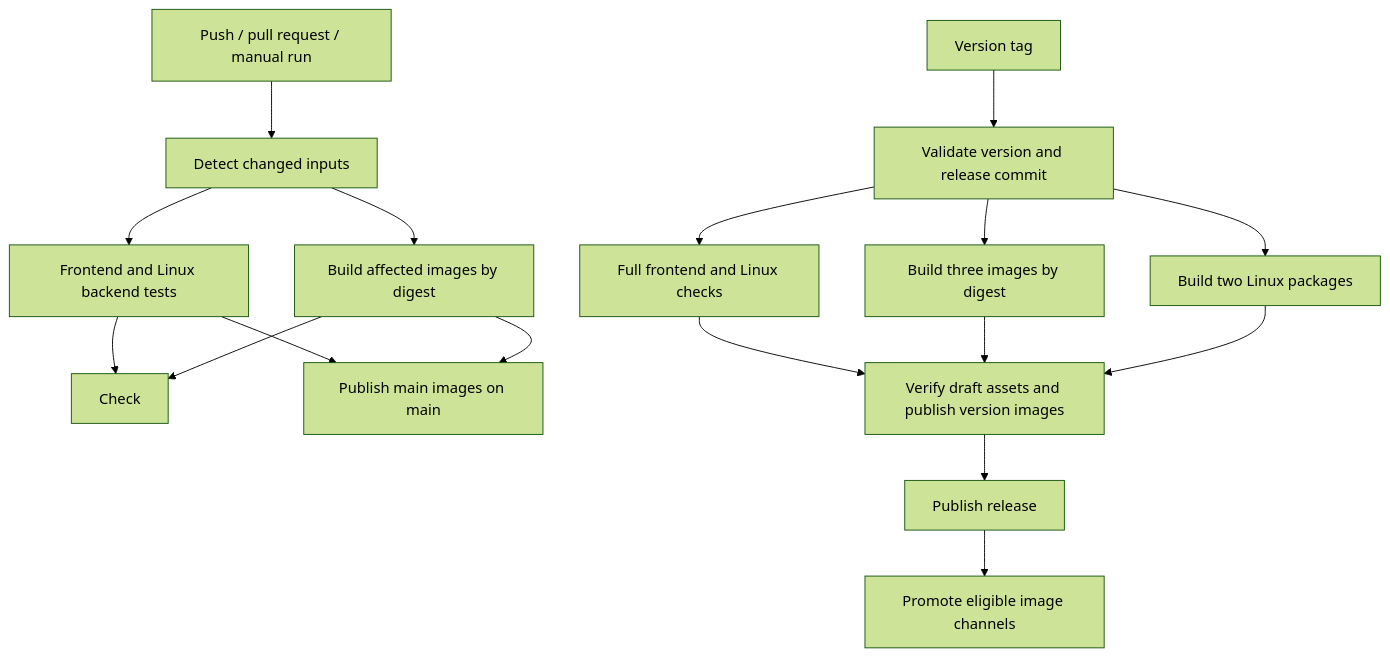
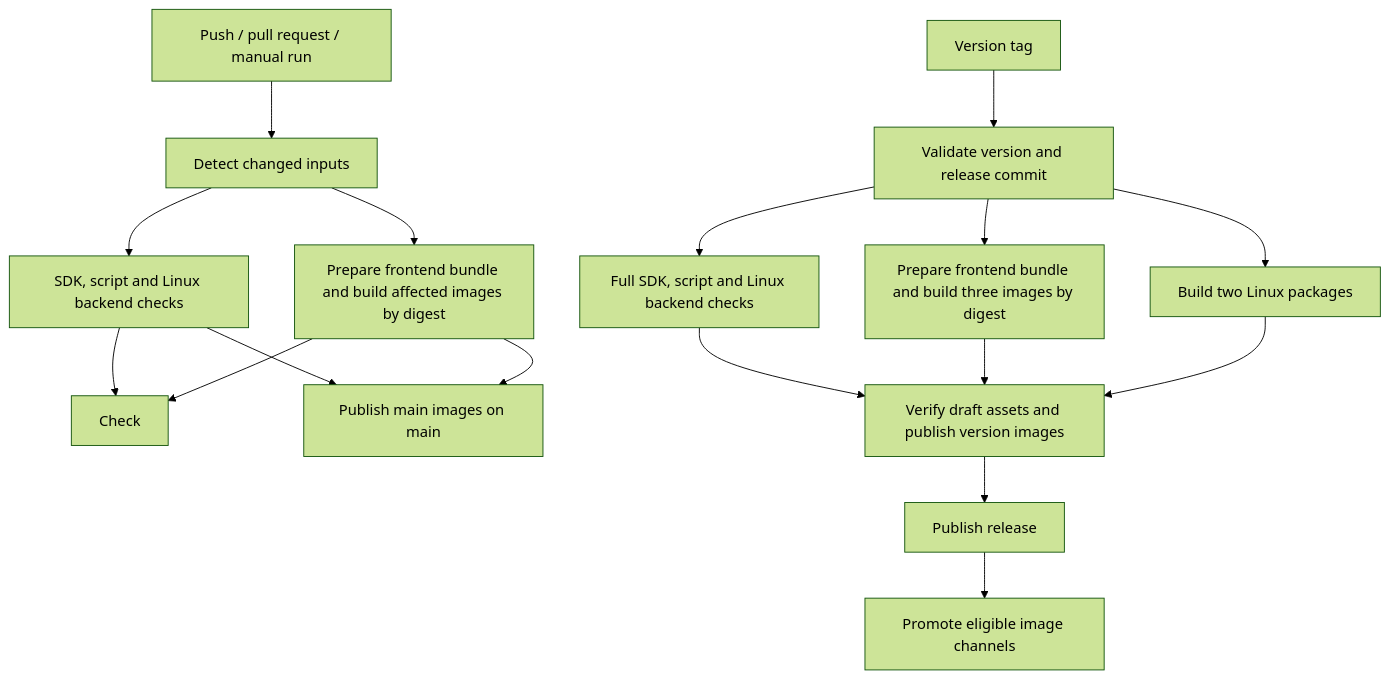
One commit to nianzhibai/91 changed the diagram in docs/WORKFLOWS.md. Above: the diagram before and after it, drawn with Mermaid (forest theme). The commit also changed other lines of this file and 16 other files, not shown here.

````diff
--- a/docs/WORKFLOWS.md
+++ b/docs/WORKFLOWS.md
@@ -9,19 +17,19 @@
 ```mermaid
 flowchart TD
     A[Push / pull request / manual run] --> B[Detect changed inputs]
-    B --> C[Frontend and Linux backend tests]
-    B --> D[Build affected images by digest]
+    B --> C[SDK, script and Linux backend checks]
+    B --> D[Prepare frontend bundle and build affected images by digest]
     C --> E[Check]
     D --> E
     C --> G[Publish main images on main]
     D --> G
     T[Version tag] --> P[Validate version and release commit]
-    P --> U[Full frontend and Linux checks]
-    P --> V[Build three images by digest]
+    P --> U[Full SDK, script and Linux backend checks]
+    P --> V[Prepare frontend bundle and build three images by digest]
     P --> W[Build two Linux packages]
     U --> X[Verify draft assets and publish version images]
     V --> X
     W --> X
     X --> Y[Publish release]
     Y --> Z[Promote eligible image channels]
 ```
````
